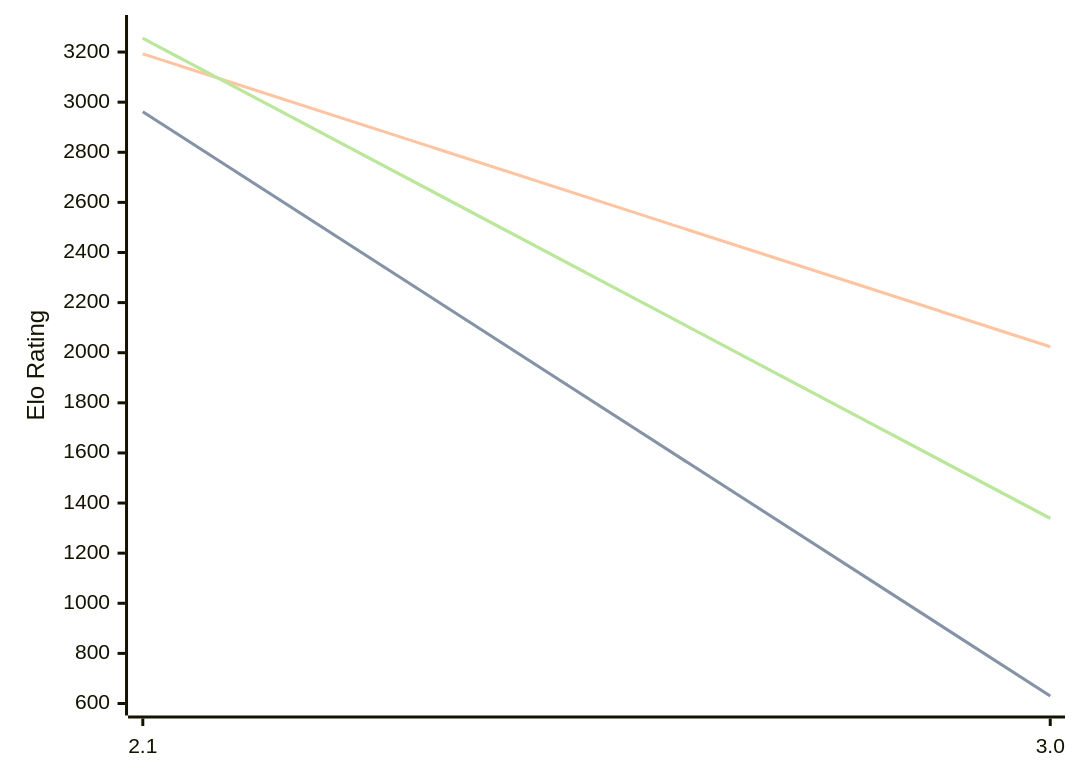
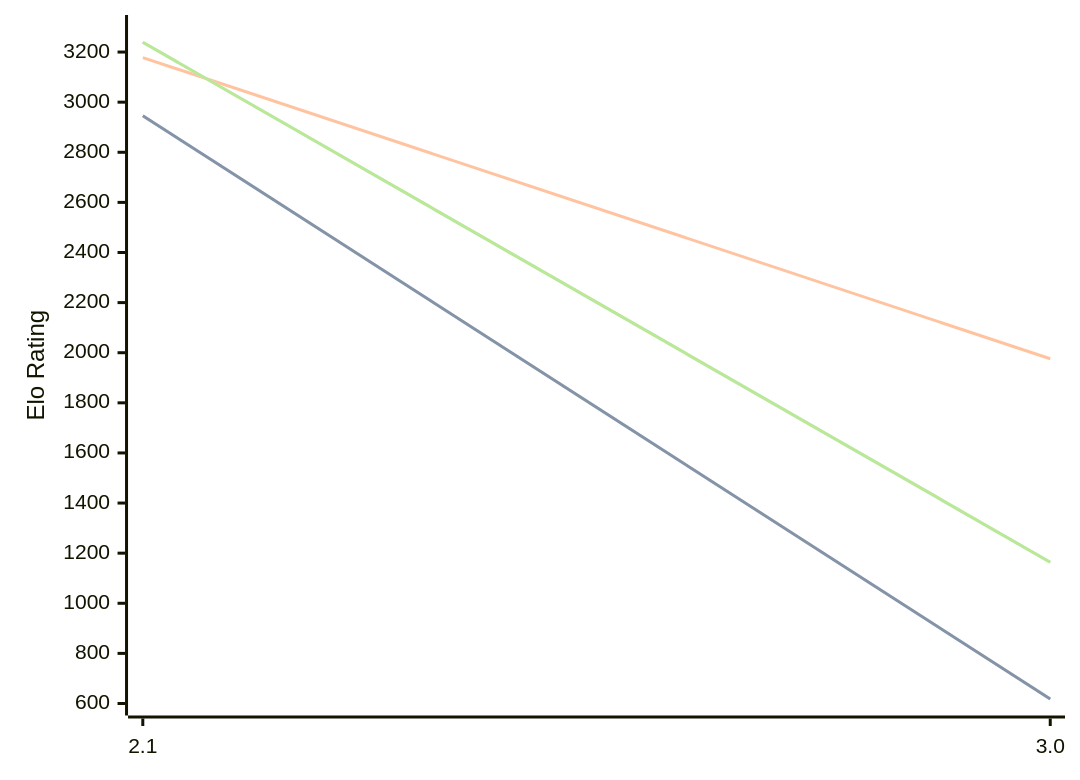
The diagram in engines/Quirky.md (computer-chess-index/cci), drawn with Mermaid before and after one commit. The commit also changed other lines of this file, not shown here.

Commit message:
Update CCI Ratings (ELO VLTC) - 2026-05-20

````diff
--- a/engines/Quirky.md
+++ b/engines/Quirky.md
@@ -34,11 +34,11 @@
 ```mermaid
 %%{init: {"theme":"base","themeVariables":{"seriesColors:['#a3a3a3','#222221','#faa371']}}}%%
 xychart-beta
   x-axis ["2.1", "3.0"]
   y-axis "Elo Rating" 600 --> 3300
-  line "STC (8.0+0.08s)" [2962, 630]
-  line "STC (8.0+0.08s)" [2962, 630]
-  line "LTC (60.0+0.60s)" [3193, 2024]
-  line "VLTC (2m24s+1.12s)" [3255, 1339]
-  line "VLTC (2m24s+1.12s)" [3255, 1339]
+  line "STC (8.0+0.08s)" [2946, 618]
+  line "STC (8.0+0.08s)" [2946, 618]
+  line "LTC (60.0+0.60s)" [3178, 1976]
+  line "VLTC (2m24s+1.12s)" [3239, 1164]
+  line "VLTC (2m24s+1.12s)" [3239, 1164]
 ```
````
